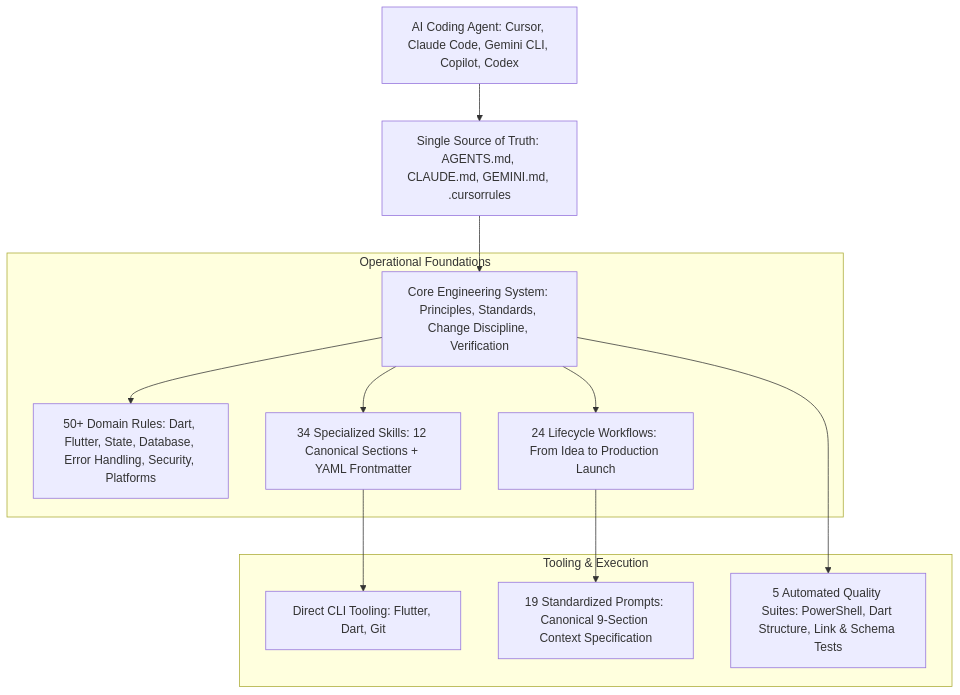
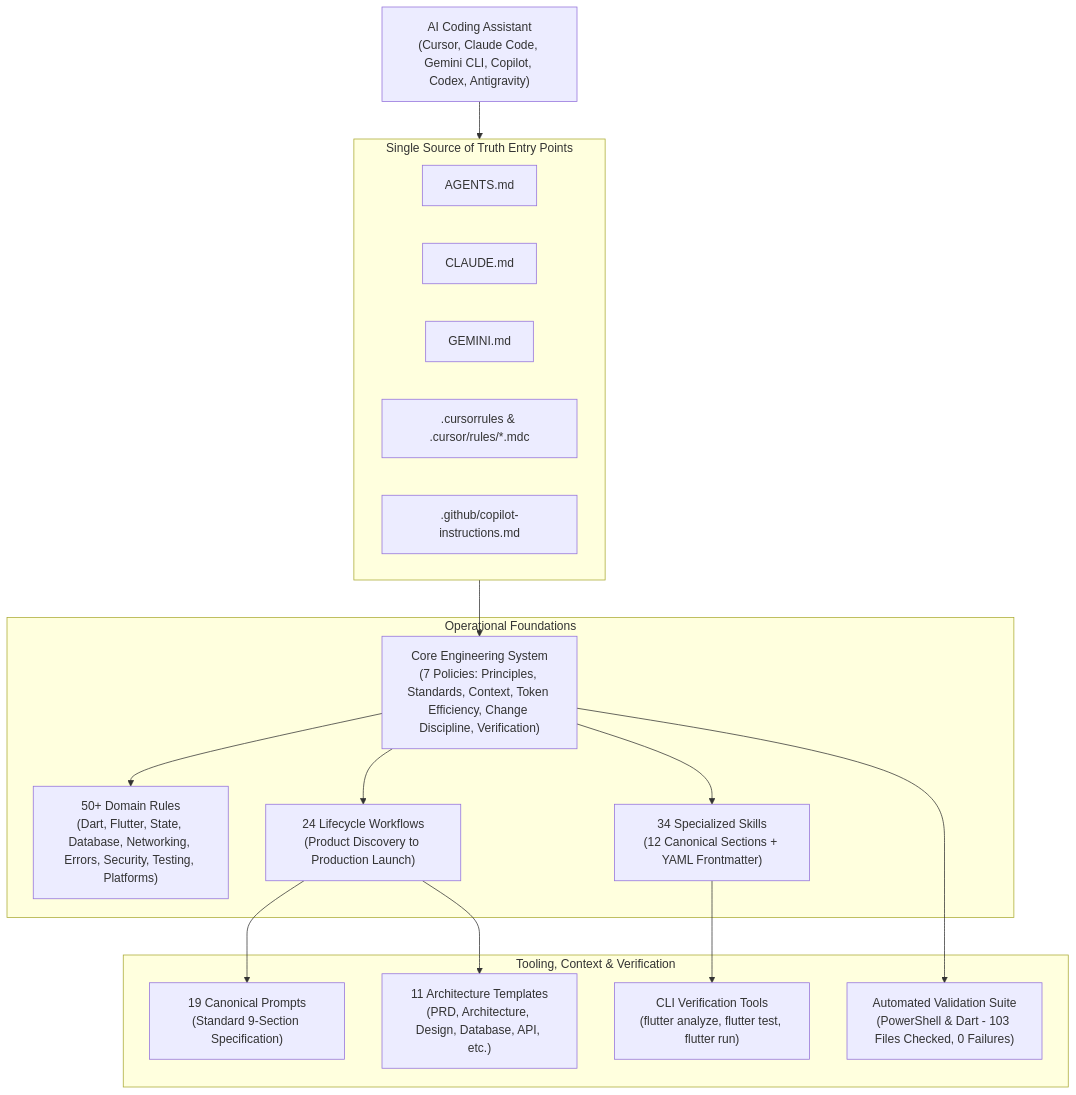
One commit to valaprashant97/flutter-agent-kit changed the diagram in README.md. Above: the diagram before and after it, drawn with Mermaid. The commit also changed other lines of this file, not shown here.

Commit message:
docs(readme): comprehensive update with invariant systems, multi-agent guide, and complete documentation library

````diff
--- a/README.md
+++ b/README.md
@@ -33,17 +44,28 @@
 ```mermaid
 graph TD
-    Agent[AI Coding Agent: Cursor, Claude Code, Gemini CLI, Copilot, Codex] --> Entry[Single Source of Truth: AGENTS.md, CLAUDE.md, GEMINI.md, .cursorrules]
-    Entry --> Core[Core Engineering System: Principles, Standards, Change Discipline, Verification]
+    Agent["AI Coding Assistant<br>(Cursor, Claude Code, Gemini CLI, Copilot, Codex, Antigravity)"]
     
-    subgraph Operational Foundations
-        Core --> Rules[50+ Domain Rules: Dart, Flutter, State, Database, Error Handling, Security, Platforms]
-        Core --> Skills[34 Specialized Skills: 12 Canonical Sections + YAML Frontmatter]
-        Core --> Workflows[24 Lifecycle Workflows: From Idea to Production Launch]
+    subgraph Entry ["Single Source of Truth Entry Points"]
+        AGENTS["AGENTS.md"]
+        CLAUDE["CLAUDE.md"]
+        GEMINI["GEMINI.md"]
+        CURSOR[".cursorrules & .cursor/rules/*.mdc"]
+        COPILOT[".github/copilot-instructions.md"]
     end
     
-    subgraph Tooling & Execution
-        Skills --> CLI[Direct CLI Tooling: Flutter, Dart, Git]
-        Workflows --> Prompts[19 Standardized Prompts: Canonical 9-Section Context Specification]
-        Core --> Validation[5 Automated Quality Suites: PowerShell, Dart Structure, Link & Schema Tests]
+    Agent --> Entry
+    Entry --> Core["Core Engineering System<br>(7 Policies: Principles, Standards, Context, Token Efficiency, Change Discipline, Verification)"]
+    
+    subgraph Foundations ["Operational Foundations"]
+        Core --> Rules["50+ Domain Rules<br>(Dart, Flutter, State, Database, Networking, Errors, Security, Testing, Platforms)"]
+        Core --> Skills["34 Specialized Skills<br>(12 Canonical Sections + YAML Frontmatter)"]
+        Core --> Workflows["24 Lifecycle Workflows<br>(Product Discovery to Production Launch)"]
+    end
+    
+    subgraph Execution ["Tooling, Context & Verification"]
+        Workflows --> Prompts["19 Canonical Prompts<br>(Standard 9-Section Specification)"]
+        Workflows --> Templates["11 Architecture Templates<br>(PRD, Architecture, Design, Database, API, etc.)"]
+        Skills --> CLI["CLI Verification Tools<br>(flutter analyze, flutter test, flutter run)"]
+        Core --> Validation["Automated Validation Suite<br>(PowerShell & Dart - 103 Files Checked, 0 Failures)"]
     end
 ```
````
